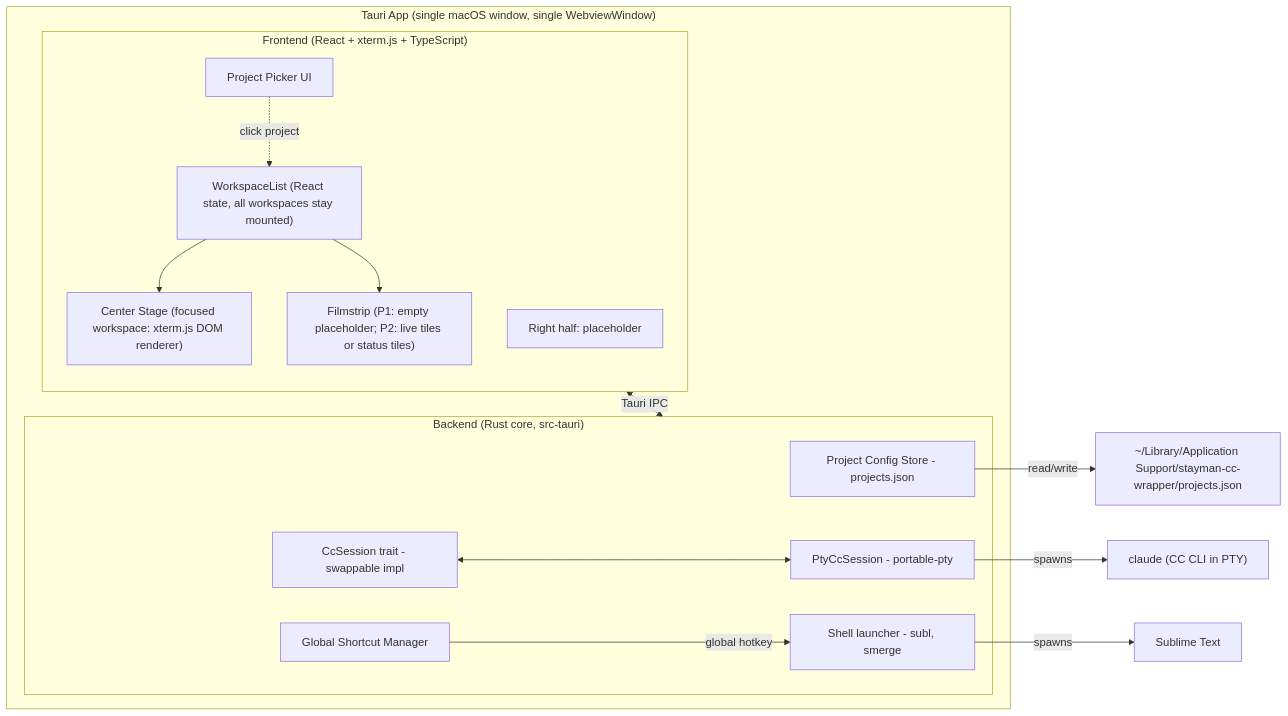
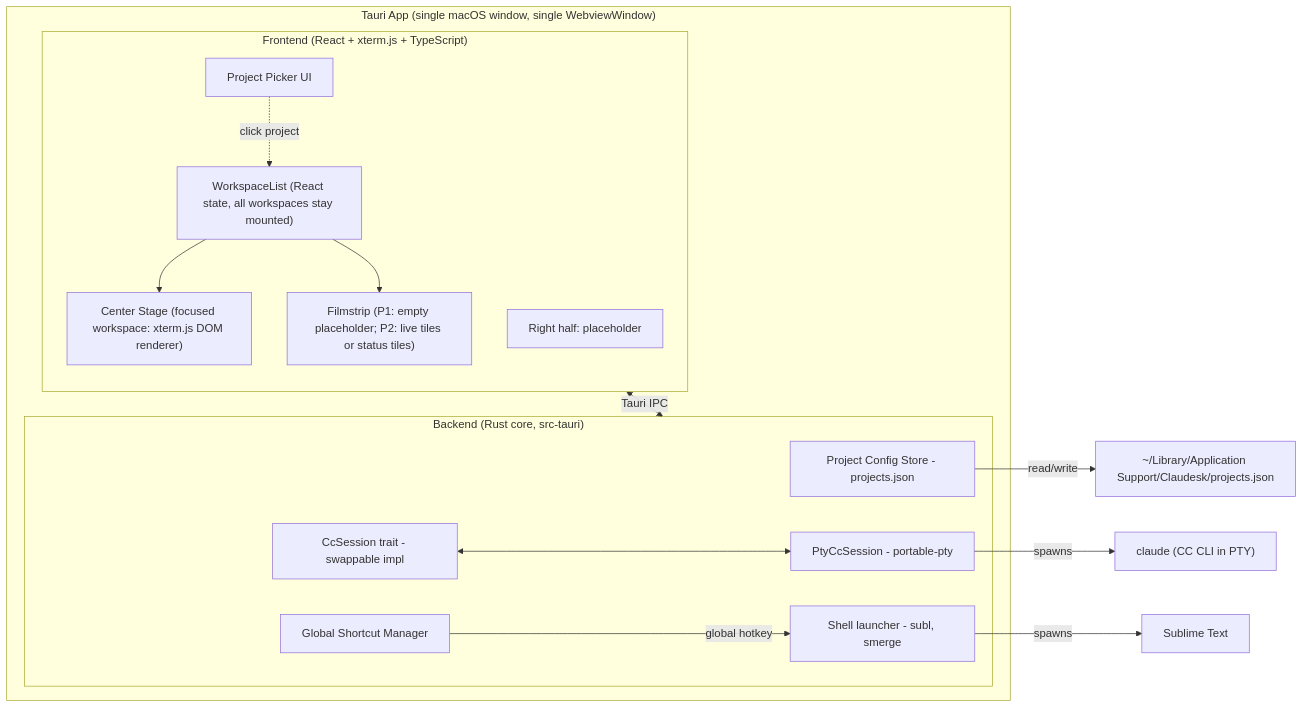
One commit to StaymanHou/Claudesk changed the first of 2 diagrams in docs/product/arch.md. Above: the diagram before and after it, drawn with Mermaid. The commit also changed other lines of this file and 5 other files, not shown here.

````diff
--- a/docs/product/arch.md
+++ b/docs/product/arch.md
@@ -68,31 +68,31 @@
 ```mermaid
 flowchart LR
   subgraph TauriApp["Tauri App (single macOS window, single WebviewWindow)"]
     subgraph Frontend["Frontend (React + xterm.js + TypeScript)"]
       Picker[Project Picker UI]
       WorkspaceList["WorkspaceList (React state, all workspaces stay mounted)"]
       CenterStage["Center Stage (focused workspace: xterm.js DOM renderer)"]
       Filmstrip["Filmstrip (P1: empty placeholder; P2: live tiles or status tiles)"]
       RightPlaceholder[Right half: placeholder]
       Picker -.click project.-> WorkspaceList
       WorkspaceList --> CenterStage
       WorkspaceList --> Filmstrip
     end
 
     subgraph Backend["Backend (Rust core, src-tauri)"]
       ConfigStore[Project Config Store - projects.json]
       CcSessionTrait[CcSession trait - swappable impl]
       PtyImpl[PtyCcSession - portable-pty]
       ShellLauncher[Shell launcher - subl, smerge]
       ShortcutMgr[Global Shortcut Manager]
     end
 
     Frontend <-- Tauri IPC --> Backend
     CcSessionTrait <--> PtyImpl
   end
 
   PtyImpl -- spawns --> ClaudeCLI["claude (CC CLI in PTY)"]
   ShellLauncher -- spawns --> Sublime[Sublime Text]
   ShortcutMgr -- global hotkey --> ShellLauncher
-  ConfigStore -- read/write --> AppDataDir["~/Library/Application Support/stayman-cc-wrapper/projects.json"]
+  ConfigStore -- read/write --> AppDataDir["~/Library/Application Support/Claudesk/projects.json"]
 ```
````
